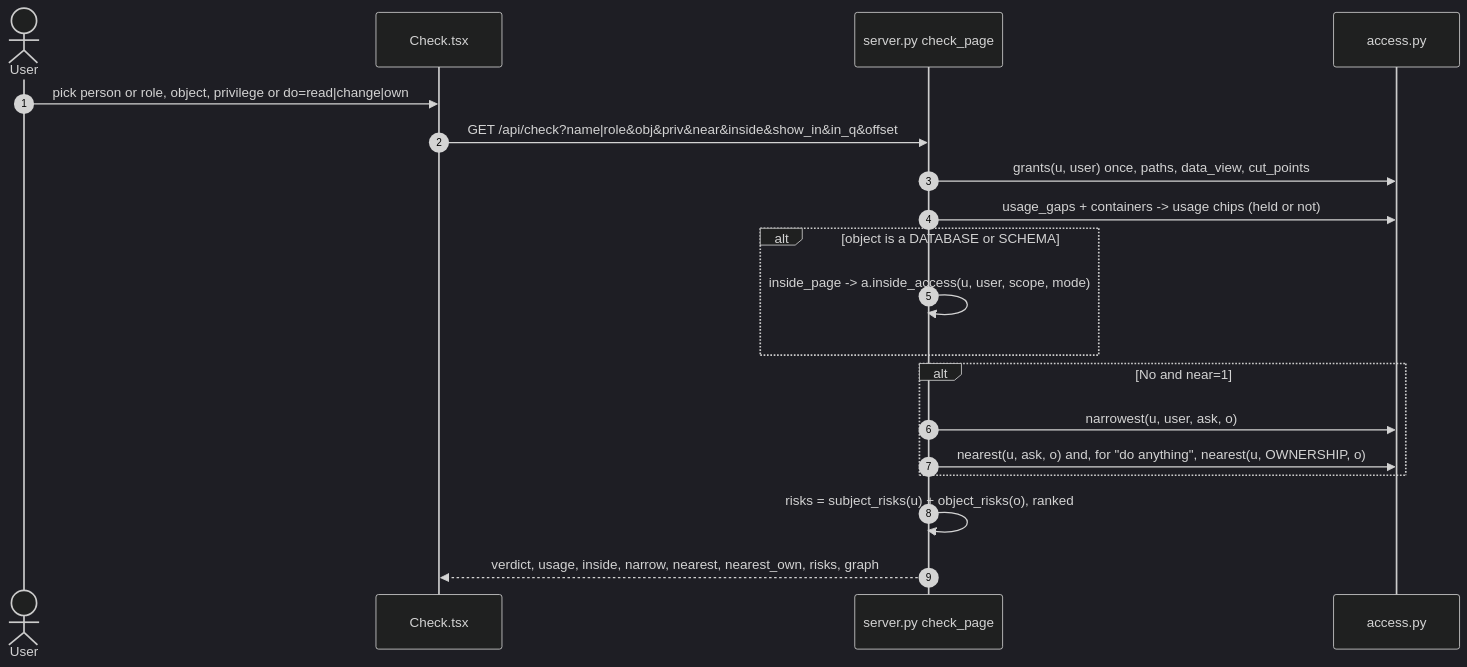
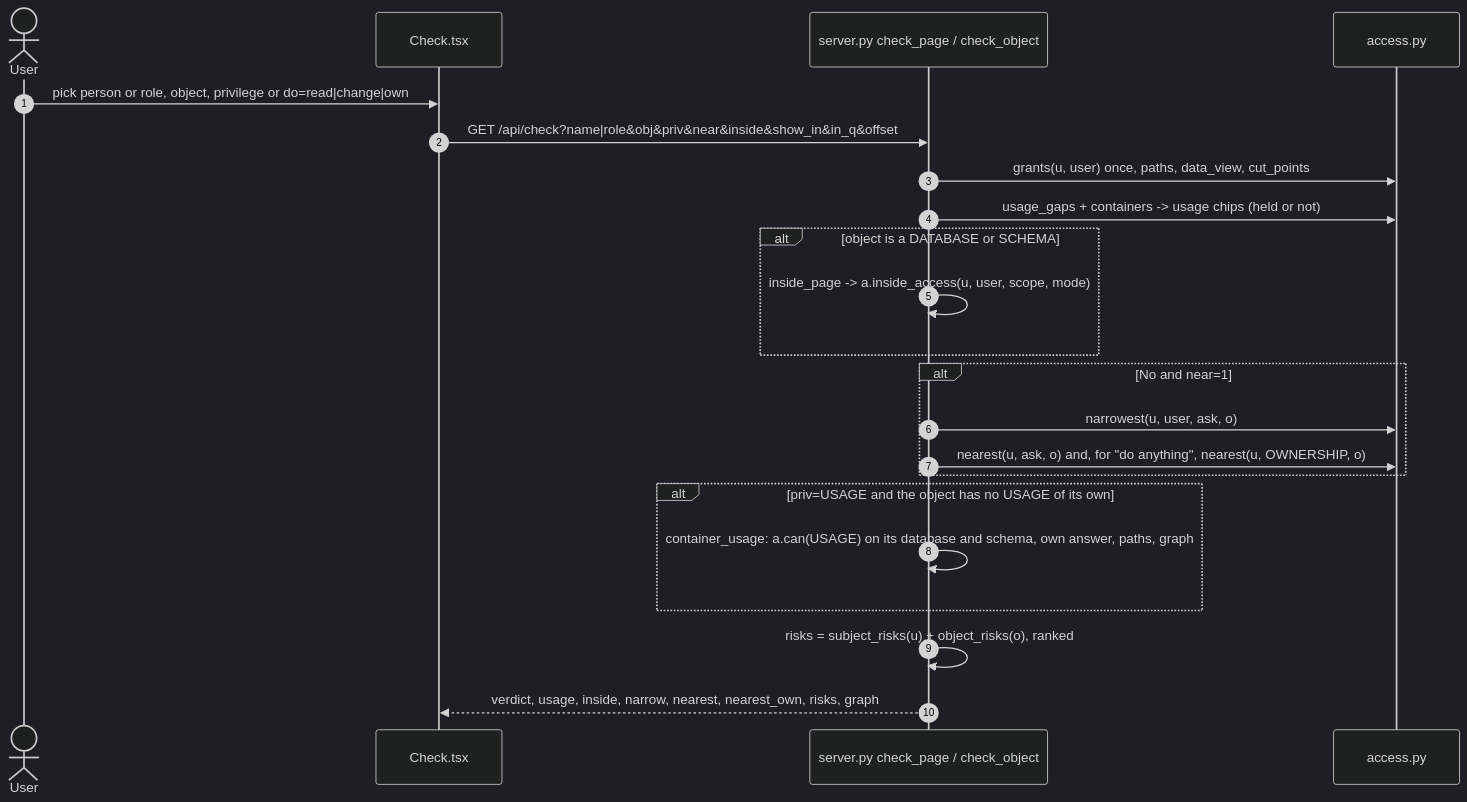
Before and after one commit to darshanmeel/snowflake-access-explorer: the diagram in snowflake-access-explorer-knowledge-graph/flows/can-they.md, drawn with Mermaid (dark theme). The commit also changed other lines of this file and 90 other files, not shown here.

Commit message:
Knowledge graph: up to date with the left-nav sections, Can they?, Compare, What if and risk tables

````diff
--- a/snowflake-access-explorer-knowledge-graph/flows/can-they.md
+++ b/snowflake-access-explorer-knowledge-graph/flows/can-they.md
@@ -6,21 +6,24 @@
 ```mermaid
 sequenceDiagram
     autonumber
     actor U as User
     participant W as Check.tsx
-    participant S as server.py check_page
+    participant S as server.py check_page / check_object
     participant A as access.py
     U->>W: pick person or role, object, privilege or do=read|change|own
     W->>S: GET /api/check?name|role&obj&priv&near&inside&show_in&in_q&offset
     S->>A: grants(u, user) once, paths, data_view, cut_points
     S->>A: usage_gaps + containers -> usage chips (held or not)
     alt object is a DATABASE or SCHEMA
         S->>S: inside_page -> a.inside_access(u, user, scope, mode)
     end
     alt No and near=1
         S->>A: narrowest(u, user, ask, o)
         S->>A: nearest(u, ask, o) and, for "do anything", nearest(u, OWNERSHIP, o)
     end
+    alt priv=USAGE and the object has no USAGE of its own
+        S->>S: container_usage: a.can(USAGE) on its database and schema, own answer, paths, graph
+    end
     S->>S: risks = subject_risks(u) + object_risks(o), ranked
     S-->>W: verdict, usage, inside, narrow, nearest, nearest_own, risks, graph
 ```
````
